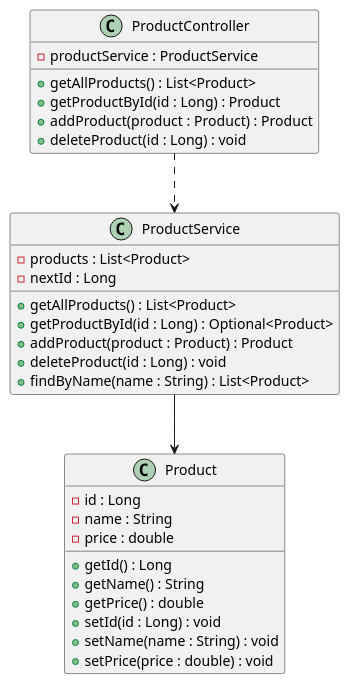
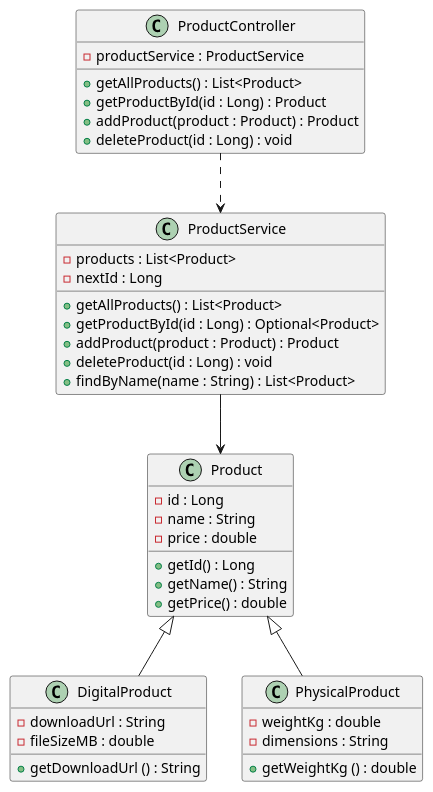
The diagram in products-api/src/main/java/uk/ac/westminster/products_api/docs/Tutorial3.puml (Sithmi917/products-api), drawn with PlantUML before and after one commit. The commit also changed 4 other files, not shown here.

Commit message:
git add . "Tutorial 4: inheritance hierarchy —DigitalProduct and PhysicalProduct"

```diff
--- a/products-api/src/main/java/uk/ac/westminster/products_api/docs/Tutorial3.puml
+++ b/products-api/src/main/java/uk/ac/westminster/products_api/docs/Tutorial3.puml
@@ -1,51 +1,66 @@
 @startuml
 
 
 class Product {
 
 - id : Long
 - name : String
 - price : double
 + getId() : Long
 + getName() : String
 + getPrice() : double
-+ setId(id : Long) : void
-+ setName(name : String) : void
-+ setPrice(price : double) : void
+
 }
 
+class DigitalProduct{
+- downloadUrl : String
+- fileSizeMB : double
++ getDownloadUrl () : String
+}
+
+
+class PhysicalProduct {
+- weightKg : double
+- dimensions : String
++ getWeightKg () : double
+}
+
+
+
+Product <|-- DigitalProduct
+Product <|-- PhysicalProduct
 
 
 class ProductService {
 
 - products : List<Product>
 - nextId : Long
 + getAllProducts() : List<Product>
 + getProductById(id : Long) : Optional<Product>
 + addProduct(product : Product) : Product
 + deleteProduct(id : Long) : void
 + findByName(name : String) : List<Product>
 }
 
 
 
 class ProductController {
 - productService : ProductService
 + getAllProducts() : List<Product>
 + getProductById(id : Long) : Product
 + addProduct(product : Product) : Product
 + deleteProduct(id : Long) : void
 }
 
 
 'dashed arrow - controller uses the Service to perform operations'
 '..> means a dashed dependency arrow'
 
 ProductController ..> ProductService
 
 'solid arrow - service stores and manages Products'
 ' --> means a solid association arrow'
 
 ProductService --> Product
 
 @enduml
```
